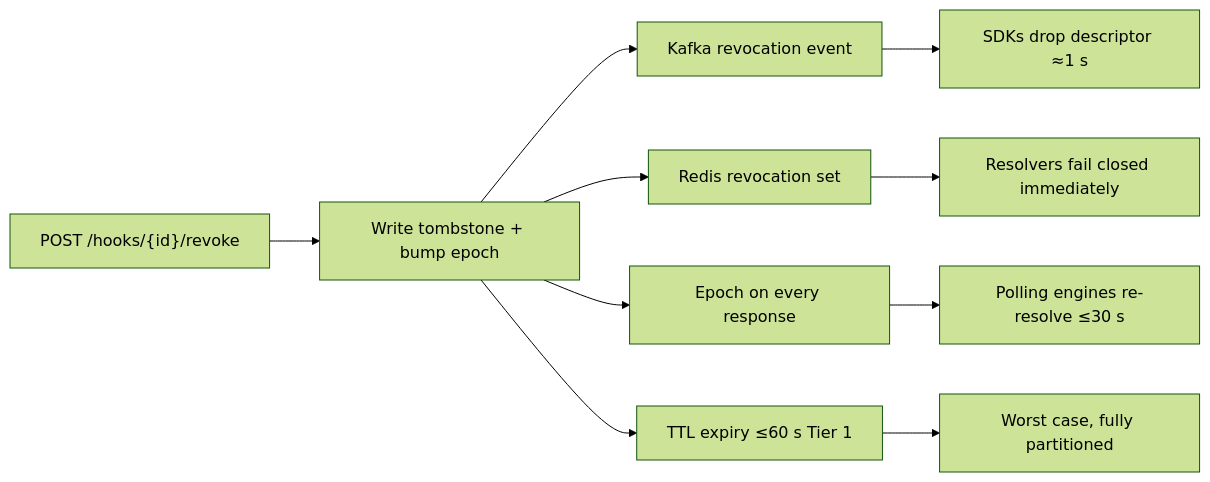
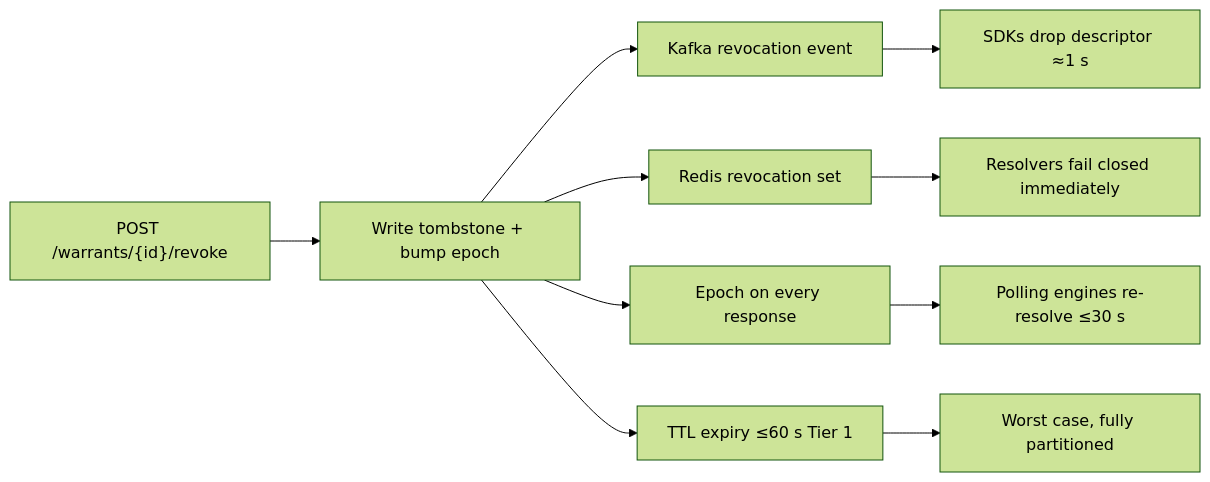
One commit to ajsinha/maya changed the fifth of 5 diagrams in docs/14-detailed-design.md. Above: the diagram before and after it, drawn with Mermaid (forest theme). The commit also changed other lines of this file and 50 other files, not shown here.

````diff
--- a/docs/14-detailed-design.md
+++ b/docs/14-detailed-design.md
@@ -788,8 +788,8 @@
 ```mermaid
 flowchart LR
-    REV["POST /hooks/{id}/revoke"] --> TS["Write tombstone + bump epoch"]
+    REV["POST /warrants/{id}/revoke"] --> TS["Write tombstone + bump epoch"]
     TS --> K["Kafka revocation event"] --> SDK1["SDKs drop descriptor ≈1 s"]
     TS --> RD["Redis revocation set"] --> RES["Resolvers fail closed immediately"]
     TS --> EP["Epoch on every response"] --> SDK2["Polling engines re-resolve ≤30 s"]
     TS --> TTL["TTL expiry ≤60 s Tier 1"] --> SDK3["Worst case, fully partitioned"]
 ```
````
